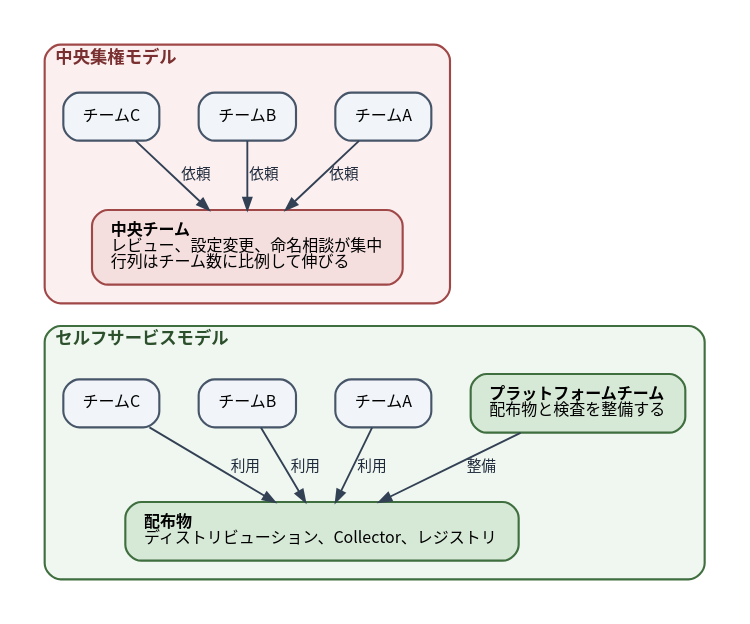
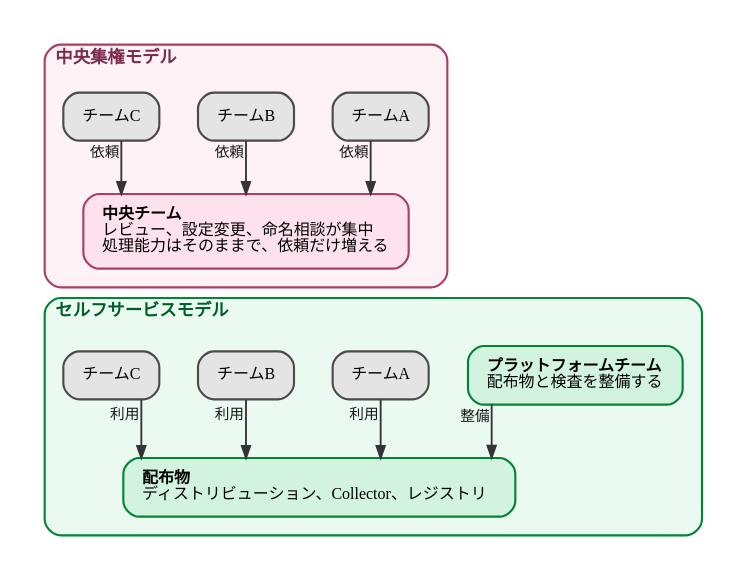
The diagram in diagrams/observability-platform-with-otel/20260926-central-vs-selfservice.dot (ymotongpoo/zenn.dev), drawn with Graphviz before and after one commit. The commit also changed 33 other files, not shown here.

First line of the commit message:
fix(otel-platform): 図16枚を book-diagram-graphviz の規範へ移行する

```diff
--- a/diagrams/observability-platform-with-otel/20260926-central-vs-selfservice.dot
+++ b/diagrams/observability-platform-with-otel/20260926-central-vs-selfservice.dot
@@ -1,47 +1,47 @@
 // 中央集権モデルとセルフサービスモデルの対比
 digraph central_vs_selfservice {
   graph [
-    fontname="Harano Aji Gothic,Noto Sans CJK JP,IPAGothic", fontsize=13,
-    rankdir=TB, compound=true, splines=true,
+    fontname="IBM Plex Sans JP", fontsize=13,
+    rankdir=TB, compound=true, splines=ortho,
     nodesep=0.4, ranksep=0.55, pad=0.25,
     bgcolor="white", newrank=true
   ];
   node [
-    fontname="Harano Aji Gothic,Noto Sans CJK JP,IPAGothic", fontsize=12,
+    fontname="IBM Plex Sans JP", fontsize=12,
     shape=box, style="rounded,filled",
-    fillcolor="#F1F5F9", color="#475569", penwidth=1.6,
+    fillcolor="#E4E4E4", color="#4A4A4A", penwidth=1.6,
     margin="0.2,0.14"
   ];
   edge [
-    fontname="Harano Aji Gothic,Noto Sans CJK JP,IPAGothic", fontsize=11,
-    color="#334155", penwidth=1.4, arrowsize=0.9,
-    fontcolor="#1E293B"
+    fontname="IBM Plex Sans JP", fontsize=11,
+    color="#343434", penwidth=1.4, arrowsize=0.9,
+    fontcolor="#171717"
   ];
 
   subgraph cluster_central {
     label=<<b>中央集権モデル</b>>;
     labeljust="l"; style="rounded"; penwidth=1.6;
-    color="#A04848"; bgcolor="#FBEFEF"; fontcolor="#7A3030"; margin=14;
+    color="#AA3E6A"; bgcolor="#FEF2F7"; fontcolor="#7A2C4C"; margin=14;
     tA [label="チームA"]; tB [label="チームB"]; tC [label="チームC"];
-    central [label=<<b>中央チーム</b><br align="left"/>レビュー、設定変更、命名相談が集中<br align="left"/>行列はチーム数に比例して伸びる<br align="left"/>>, fillcolor="#F5DEDE", color="#A04848"];
-    tA -> central [label=" 依頼"];
-    tB -> central [label=" 依頼"];
-    tC -> central [label=" 依頼"];
+    central [label=<<b>中央チーム</b><br align="left"/>レビュー、設定変更、命名相談が集中<br align="left"/>処理能力はそのままで、依頼だけ増える<br align="left"/>>, fillcolor="#FDE1EC", color="#AA3E6A"];
+    tA -> central [xlabel=" 依頼"];
+    tB -> central [xlabel=" 依頼"];
+    tC -> central [xlabel=" 依頼"];
   }
 
   subgraph cluster_selfservice {
     label=<<b>セルフサービスモデル</b>>;
     labeljust="l"; style="rounded"; penwidth=1.6;
-    color="#3F6E3F"; bgcolor="#F0F7F0"; fontcolor="#2C4F2C"; margin=14;
-    platform [label=<<b>プラットフォームチーム</b><br align="left"/>配布物と検査を整備する<br align="left"/>>, fillcolor="#D6E8D6", color="#3F6E3F"];
-    artifacts [label=<<b>配布物</b><br align="left"/>ディストリビューション、Collector、レジストリ<br align="left"/>>, fillcolor="#D6E8D6", color="#3F6E3F"];
+    color="#038435"; bgcolor="#EBFAF1"; fontcolor="#025E26"; margin=14;
+    platform [label=<<b>プラットフォームチーム</b><br align="left"/>配布物と検査を整備する<br align="left"/>>, fillcolor="#D2F3DF", color="#038435"];
+    artifacts [label=<<b>配布物</b><br align="left"/>ディストリビューション、Collector、レジストリ<br align="left"/>>, fillcolor="#D2F3DF", color="#038435"];
     sA [label="チームA"]; sB [label="チームB"]; sC [label="チームC"];
-    platform -> artifacts [label=" 整備"];
-    sA -> artifacts [label=" 利用"];
-    sB -> artifacts [label=" 利用"];
-    sC -> artifacts [label=" 利用"];
+    platform -> artifacts [xlabel=" 整備"];
+    sA -> artifacts [xlabel=" 利用"];
+    sB -> artifacts [xlabel=" 利用"];
+    sC -> artifacts [xlabel=" 利用"];
   }
 
   // 2つのモデルを上下に並べるためのレイアウト調整
   central -> sB [style=invis];
 }
```
